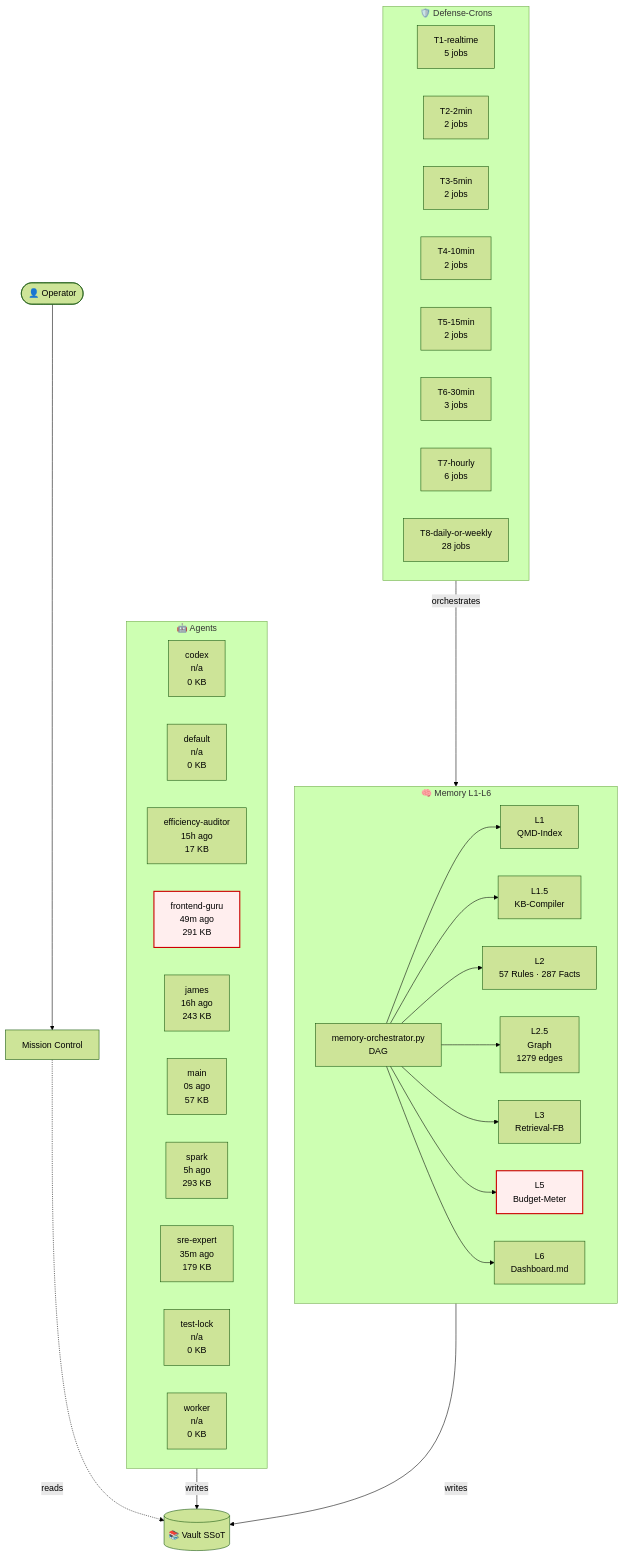
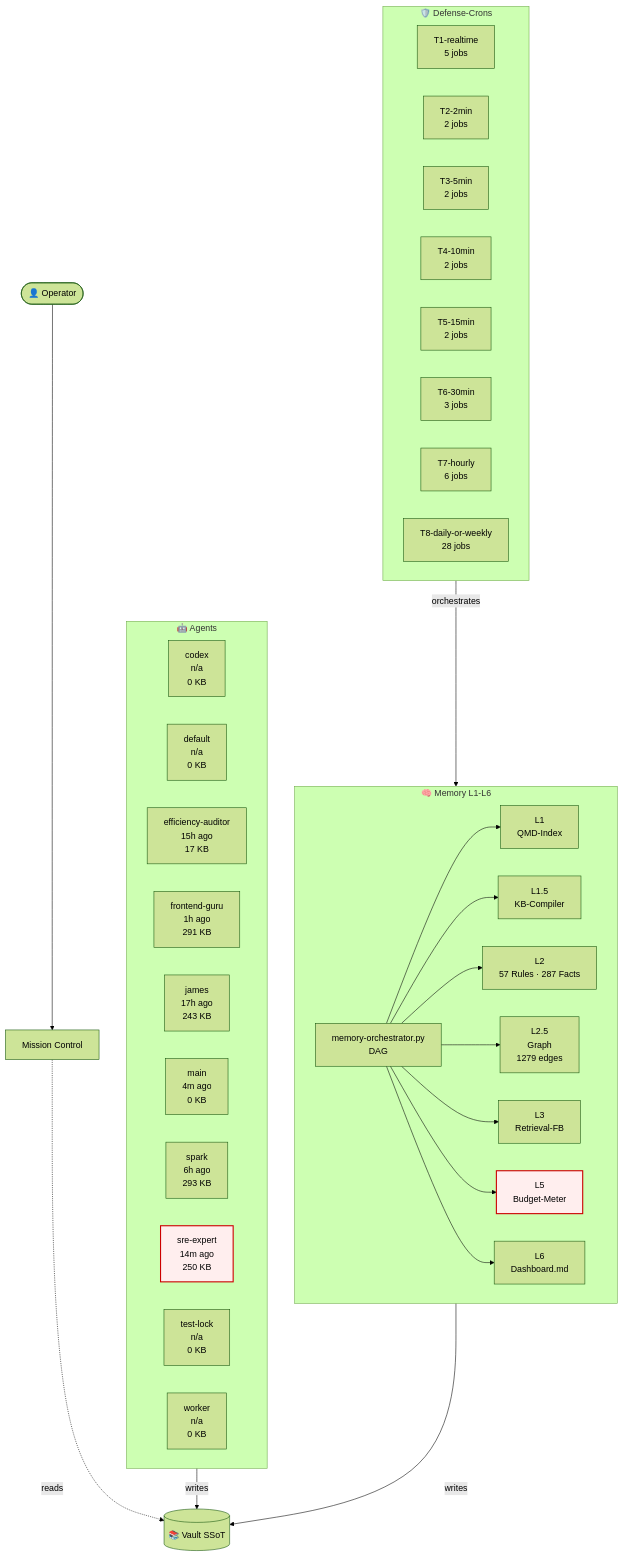
The diagram in 03-Agents/architecture-live.md (lenardhuebner88-rgb/openclaw-memory), drawn with Mermaid (forest theme) before and after one commit. The commit also changed other lines of this file and 3 other files, not shown here.

````diff
--- a/03-Agents/architecture-live.md
+++ b/03-Agents/architecture-live.md
@@ -18,53 +18,53 @@
 ```mermaid
 flowchart TB
     classDef critical fill:#fee,stroke:#c00,stroke-width:2px;
     subgraph AGT["🤖 Agents"]
         agent_codex["codex<br/>n/a<br/>0 KB"]
         agent_default["default<br/>n/a<br/>0 KB"]
         agent_efficiency_auditor["efficiency-auditor<br/>15h ago<br/>17 KB"]
-        agent_frontend_guru["frontend-guru<br/>49m ago<br/>291 KB"]
-        agent_james["james<br/>16h ago<br/>243 KB"]
-        agent_main["main<br/>0s ago<br/>57 KB"]
-        agent_spark["spark<br/>5h ago<br/>293 KB"]
-        agent_sre_expert["sre-expert<br/>35m ago<br/>179 KB"]
+        agent_frontend_guru["frontend-guru<br/>1h ago<br/>291 KB"]
+        agent_james["james<br/>17h ago<br/>243 KB"]
+        agent_main["main<br/>4m ago<br/>0 KB"]
+        agent_spark["spark<br/>6h ago<br/>293 KB"]
+        agent_sre_expert["sre-expert<br/>14m ago<br/>250 KB"]
         agent_test_lock["test-lock<br/>n/a<br/>0 KB"]
         agent_worker["worker<br/>n/a<br/>0 KB"]
     end
     subgraph MEM["🧠 Memory L1-L6"]
         L1["L1<br/>QMD-Index"]
         L15["L1.5<br/>KB-Compiler"]
         L2["L2<br/>57 Rules · 287 Facts"]
         L25["L2.5<br/>Graph<br/>1279 edges"]
         L3["L3<br/>Retrieval-FB"]
         L5["L5<br/>Budget-Meter"]
         L6["L6<br/>Dashboard.md"]
         ORCH["memory-orchestrator.py<br/>DAG"]
     end
     subgraph CRN["🛡️ Defense-Crons"]
         tier_T1_realtime["T1-realtime<br/>5 jobs"]
         tier_T2_2min["T2-2min<br/>2 jobs"]
         tier_T3_5min["T3-5min<br/>2 jobs"]
         tier_T4_10min["T4-10min<br/>2 jobs"]
         tier_T5_15min["T5-15min<br/>2 jobs"]
         tier_T6_30min["T6-30min<br/>3 jobs"]
         tier_T7_hourly["T7-hourly<br/>6 jobs"]
         tier_T8_daily_or_weekly["T8-daily-or-weekly<br/>28 jobs"]
     end
     VAULT[("📚 Vault SSoT")]
     OP([👤 Operator])
     MC["Mission Control"]
     OP --> MC
     MC -.reads.-> VAULT
     AGT -->|writes| VAULT
     MEM -->|writes| VAULT
     ORCH --> L1
     ORCH --> L15
     ORCH --> L2
     ORCH --> L25
     ORCH --> L3
     ORCH --> L5
     ORCH --> L6
     CRN -->|orchestrates| MEM
     class L5 critical
-    class agent_frontend_guru critical
+    class agent_sre_expert critical
 ```
````
